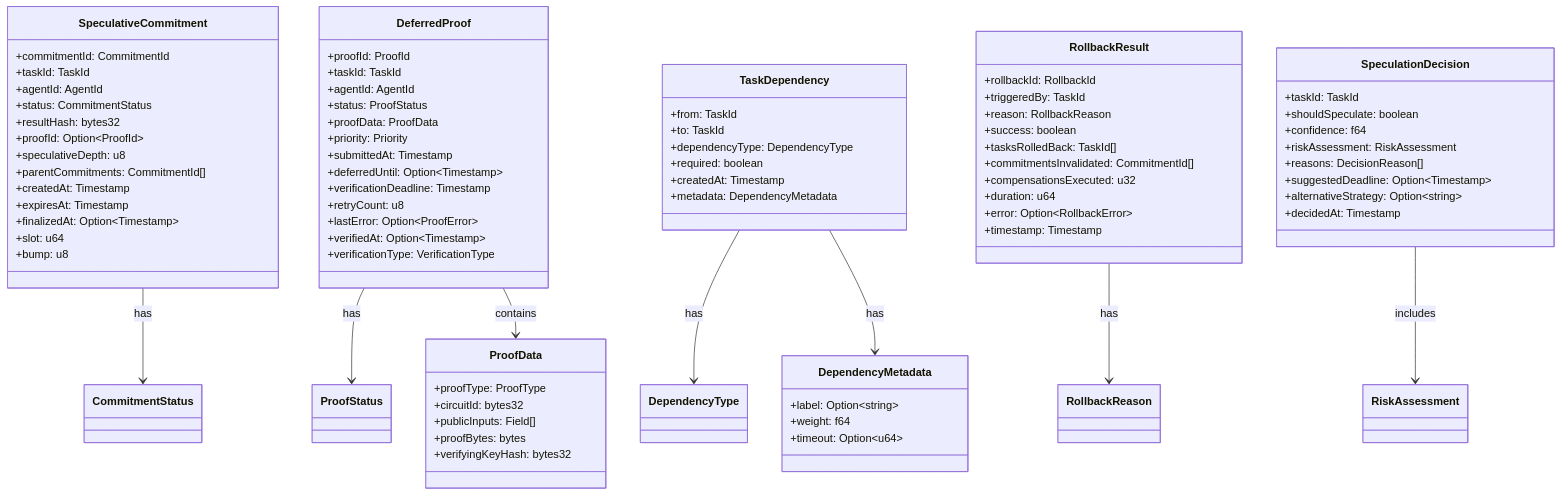
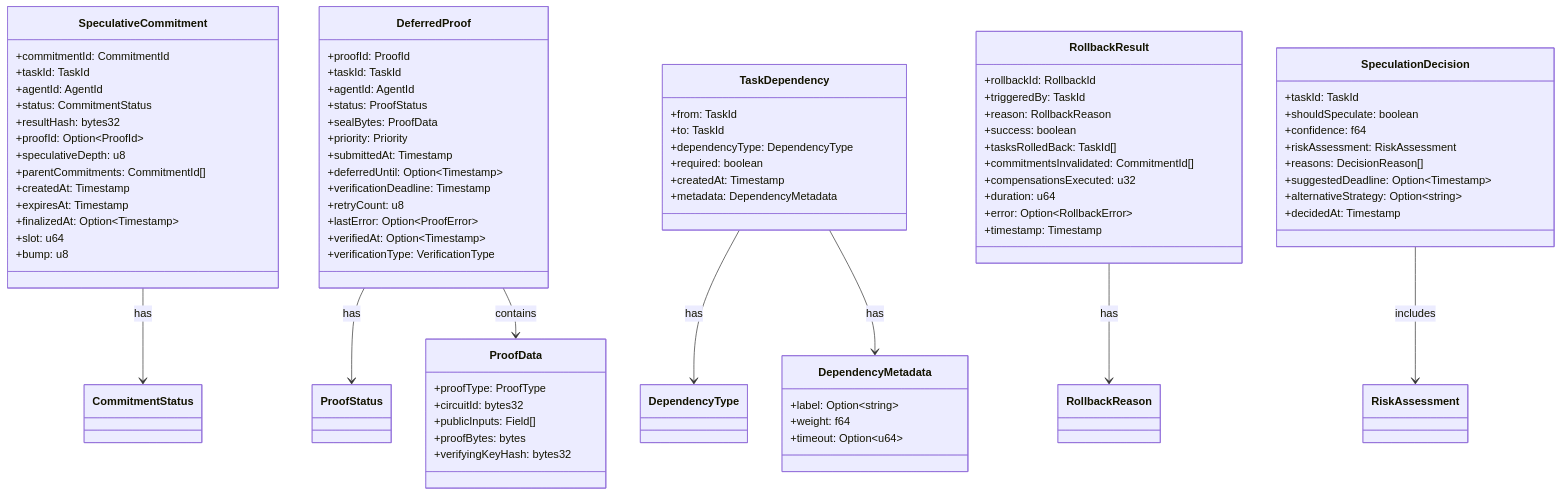
The eighth of 19 diagrams in docs/design/speculation/diagrams/CLASS-DIAGRAMS.md (tetsuo-ai/AgenC), drawn with Mermaid before and after one commit. The commit also changed other lines of this file and 123 other files, not shown here.

```diff
--- a/docs/design/speculation/diagrams/CLASS-DIAGRAMS.md
+++ b/docs/design/speculation/diagrams/CLASS-DIAGRAMS.md
@@ -666,7 +666,7 @@
         +taskId: TaskId
         +agentId: AgentId
         +status: ProofStatus
-        +proofData: ProofData
+        +sealBytes: ProofData
         +priority: Priority
         +submittedAt: Timestamp
         +deferredUntil: Option~Timestamp~
```
